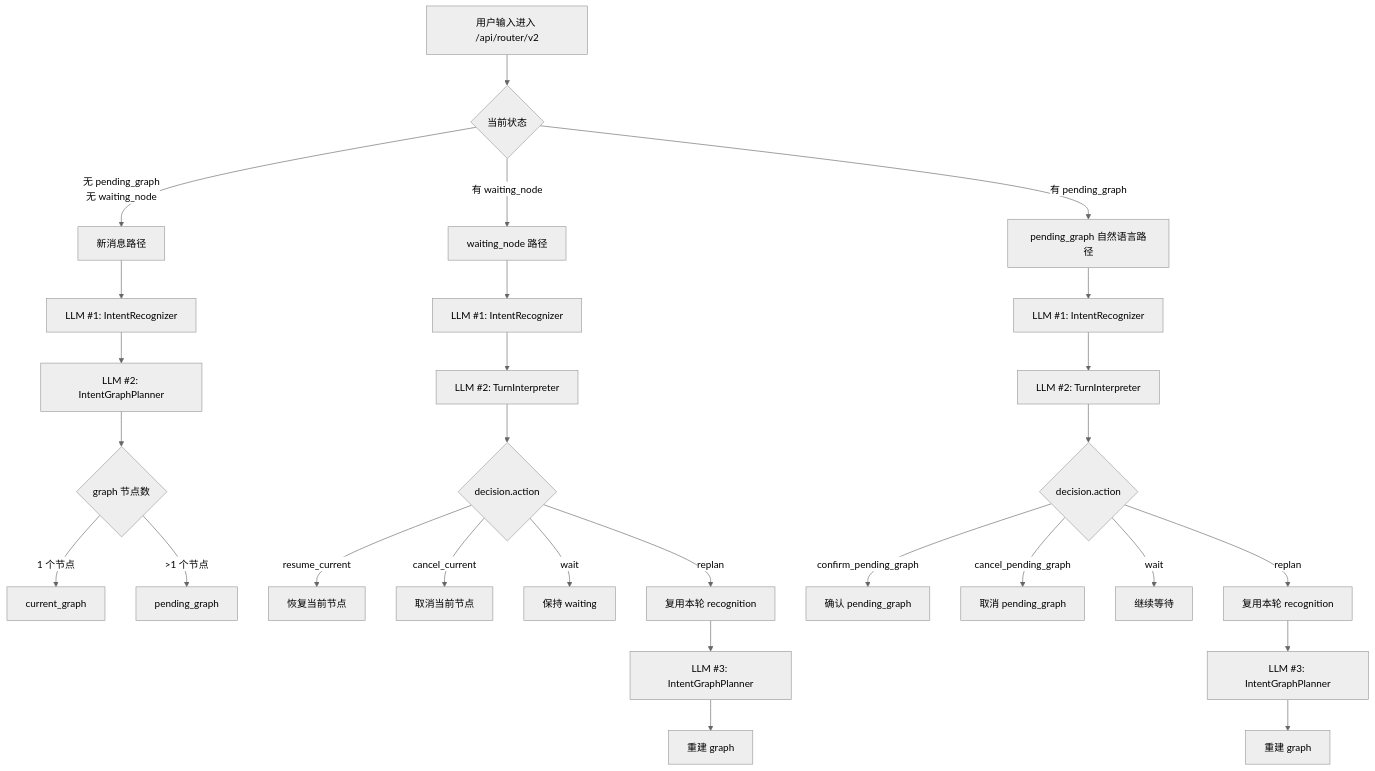
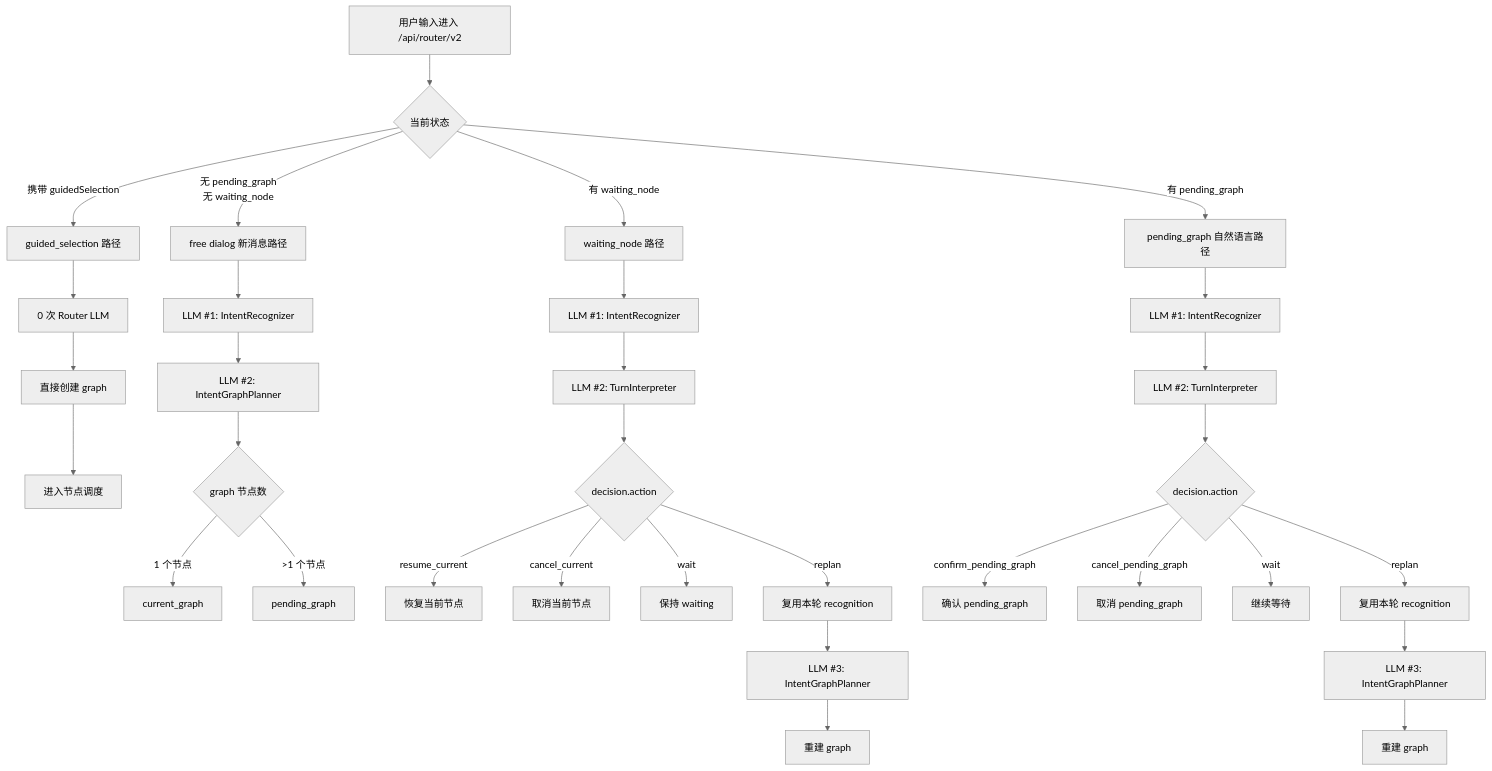
One commit to corelli359/intent-router changed the first of 5 diagrams in docs/v2-llm-call-flow.md. Above: the diagram before and after it, drawn with Mermaid (neutral theme). The commit also changed other lines of this file and 21 other files, not shown here.

Commit message:
feat: strengthen v2 graph runtime entry paths

````diff
--- a/docs/v2-llm-call-flow.md
+++ b/docs/v2-llm-call-flow.md
@@ -54,34 +66,39 @@
 ```mermaid
 flowchart TD
     A[用户输入进入 /api/router/v2] --> B{当前状态}
 
-    B -->|无 pending_graph\n无 waiting_node| C[新消息路径]
+    B -->|携带 guidedSelection| GS[guided_selection 路径]
+    B -->|无 pending_graph\n无 waiting_node| C[free dialog 新消息路径]
     B -->|有 waiting_node| D[waiting_node 路径]
     B -->|有 pending_graph| E[pending_graph 自然语言路径]
+
+    GS --> GS1[0 次 Router LLM]
+    GS1 --> GS2[直接创建 graph]
+    GS2 --> GS3[进入节点调度]
 
     C --> C1[LLM #1: IntentRecognizer]
     C1 --> C2[LLM #2: IntentGraphPlanner]
     C2 --> C3{graph 节点数}
     C3 -->|1 个节点| C4[current_graph]
     C3 -->|>1 个节点| C5[pending_graph]
 
     D --> D1[LLM #1: IntentRecognizer]
     D1 --> D2[LLM #2: TurnInterpreter]
     D2 --> D3{decision.action}
     D3 -->|resume_current| D4[恢复当前节点]
     D3 -->|cancel_current| D5[取消当前节点]
     D3 -->|wait| D6[保持 waiting]
     D3 -->|replan| D7[复用本轮 recognition]
     D7 --> D8[LLM #3: IntentGraphPlanner]
     D8 --> D9[重建 graph]
 
     E --> E1[LLM #1: IntentRecognizer]
     E1 --> E2[LLM #2: TurnInterpreter]
     E2 --> E3{decision.action}
     E3 -->|confirm_pending_graph| E4[确认 pending_graph]
     E3 -->|cancel_pending_graph| E5[取消 pending_graph]
     E3 -->|wait| E6[继续等待]
     E3 -->|replan| E7[复用本轮 recognition]
     E7 --> E8[LLM #3: IntentGraphPlanner]
     E8 --> E9[重建 graph]
 ```
````
